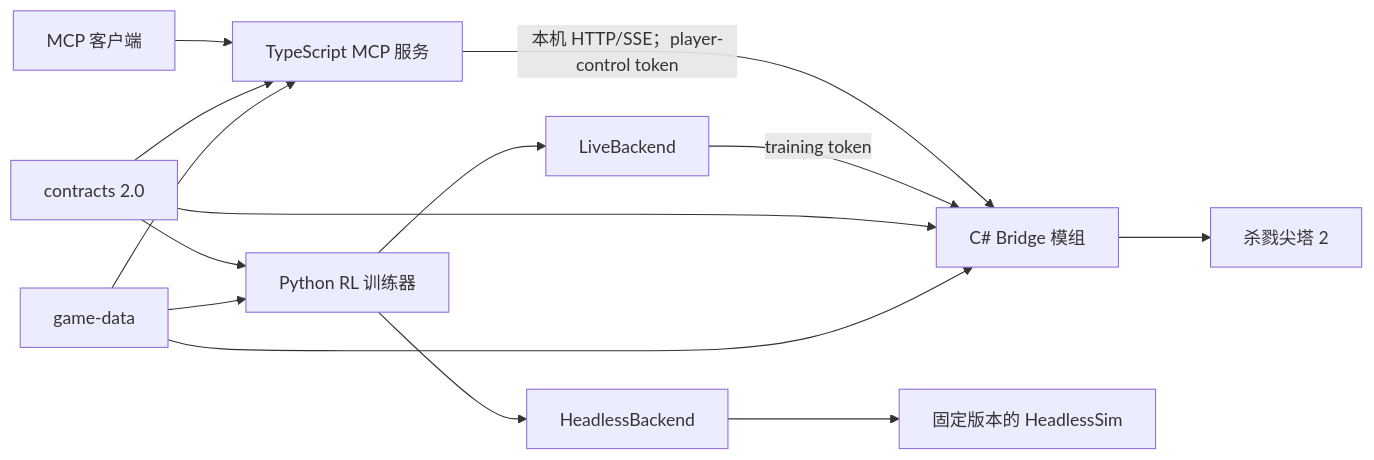
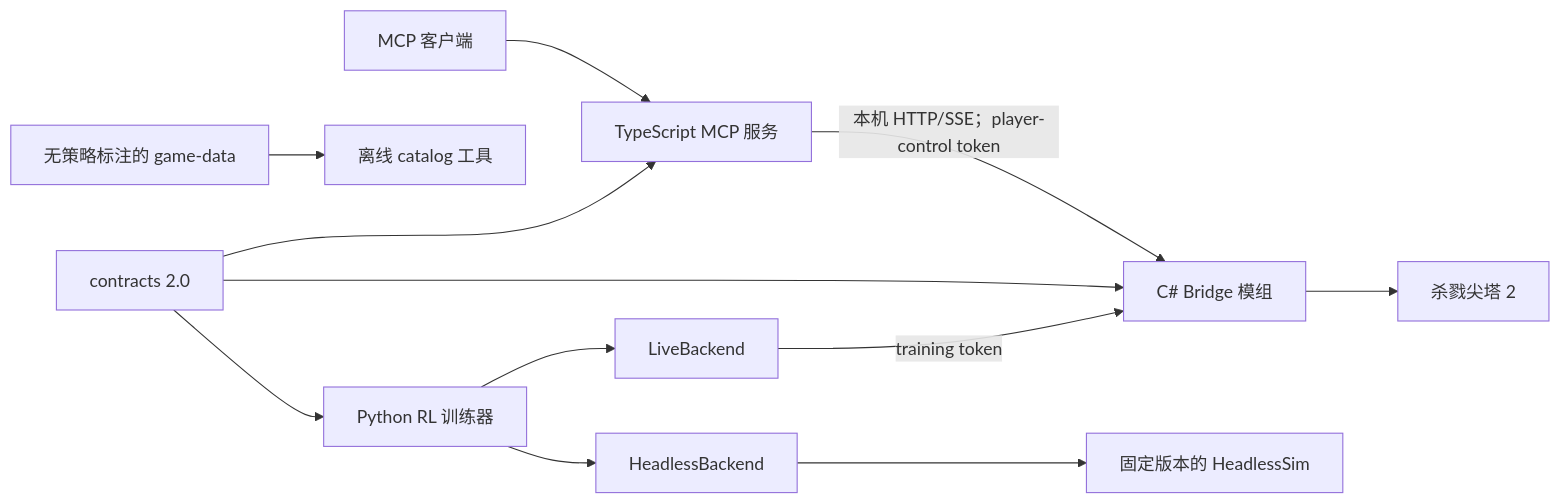
Before and after one commit to Yidhar/sts2-mcp: the diagram in README.zh-CN.md, drawn with Mermaid. The commit also changed other lines of this file and 575 other files, not shown here.

````diff
--- a/README.zh-CN.md
+++ b/README.zh-CN.md
@@ -36,16 +36,14 @@
 ```mermaid
 flowchart LR
     A[MCP 客户端] --> M[TypeScript MCP 服务]
     M -->|本机 HTTP/SSE；player-control token| B["C# Bridge 模组"]
     B --> G[杀戮尖塔 2]
     R[Python RL 训练器] --> L[LiveBackend]
     R --> H[HeadlessBackend]
     L -->|training token| B
     H --> S[固定版本的 HeadlessSim]
     C[contracts 2.0] --> M
     C --> B
     C --> R
-    D[game-data] --> M
-    D --> B
-    D --> R
+    D[无策略标注的 game-data] --> O[离线 catalog 工具]
 ```
````
